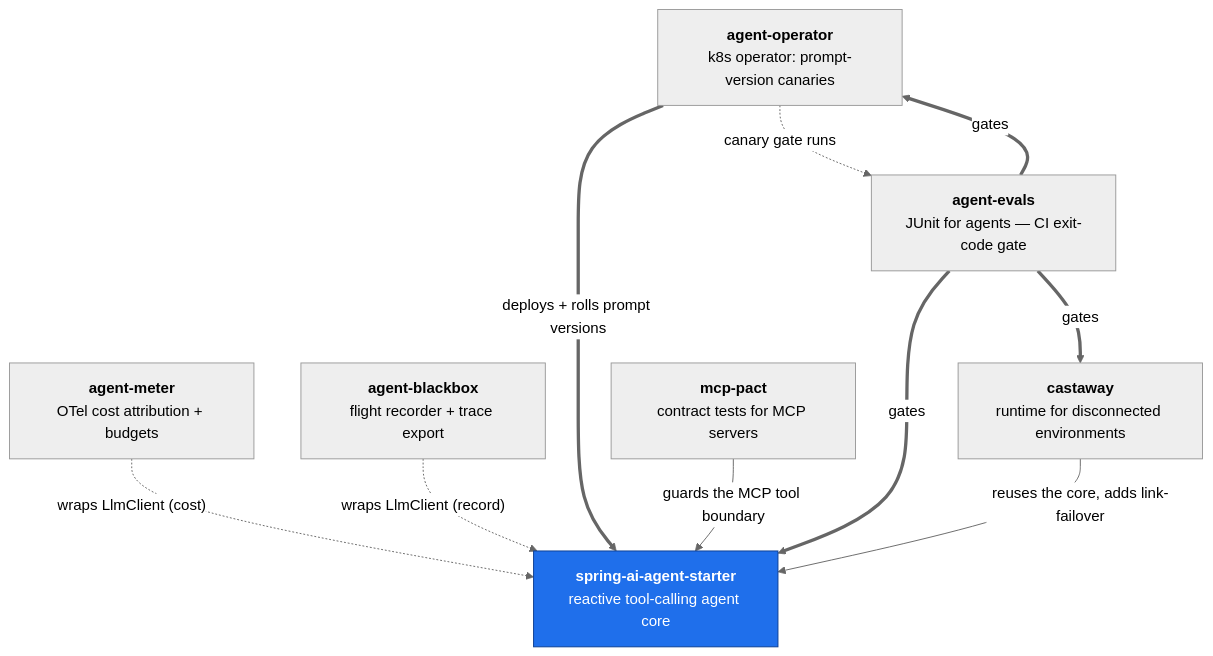
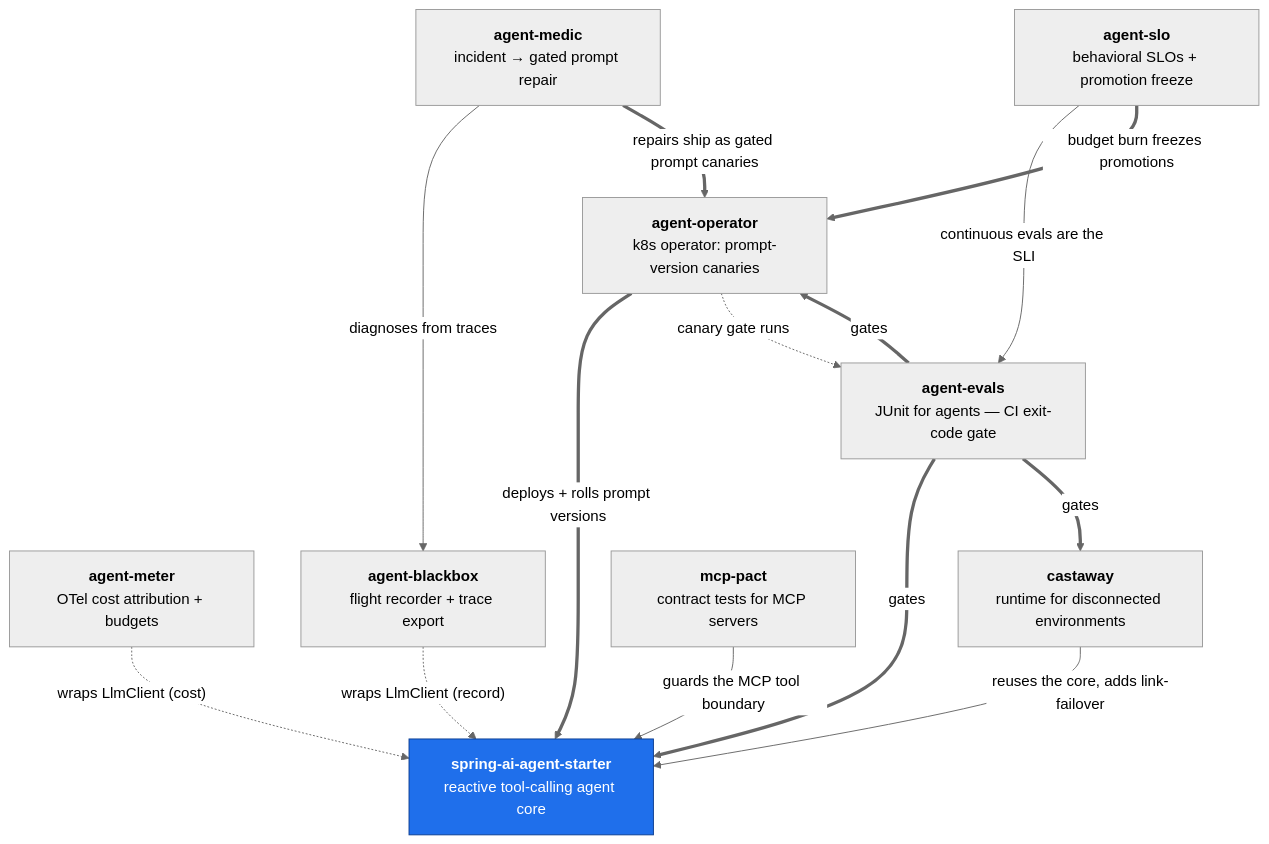
One commit to hhagenbuch/hhagenbuch changed the diagram in README.md. Above: the diagram before and after it, drawn with Mermaid (neutral theme). The commit also changed other lines of this file, not shown here.

Commit message:
Add agent-slo and agent-medic to the platform diagram and repo list (#3)

````diff
--- a/README.md
+++ b/README.md
@@ -17,24 +17,30 @@
 ```mermaid
 flowchart TB
     starter["<b>spring-ai-agent-starter</b><br/>reactive tool-calling agent core"]
 
     meter["<b>agent-meter</b><br/>OTel cost attribution + budgets"]
     blackbox["<b>agent-blackbox</b><br/>flight recorder + trace export"]
     castaway["<b>castaway</b><br/>runtime for disconnected environments"]
     operator["<b>agent-operator</b><br/>k8s operator: prompt-version canaries"]
     evals["<b>agent-evals</b><br/>JUnit for agents — CI exit-code gate"]
     mcppact["<b>mcp-pact</b><br/>contract tests for MCP servers"]
+    medic["<b>agent-medic</b><br/>incident &rarr; gated prompt repair"]
+    slo["<b>agent-slo</b><br/>behavioral SLOs + promotion freeze"]
 
     meter -. "wraps LlmClient (cost)" .-> starter
     blackbox -. "wraps LlmClient (record)" .-> starter
     mcppact -->|"guards the MCP tool boundary"| starter
     castaway -->|"reuses the core, adds link-failover"| starter
     operator ==>|"deploys + rolls prompt versions"| starter
     operator -. "canary gate runs" .-> evals
     evals ==>|gates| starter
     evals ==>|gates| castaway
     evals ==>|gates| operator
+    medic -->|"diagnoses from traces"| blackbox
+    medic ==>|"repairs ship as gated prompt canaries"| operator
+    slo -->|"continuous evals are the SLI"| evals
+    slo ==>|"budget burn freezes promotions"| operator
 
     classDef core fill:#1f6feb,stroke:#0b3d91,color:#fff;
     class starter core;
 ```
````
